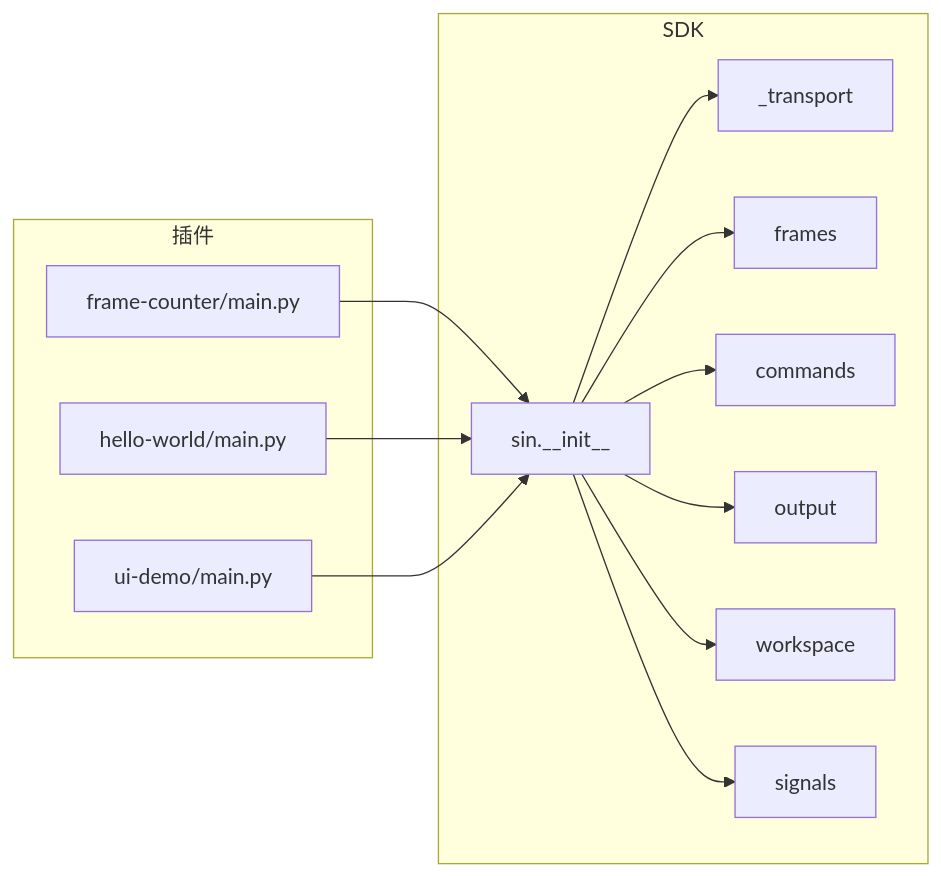
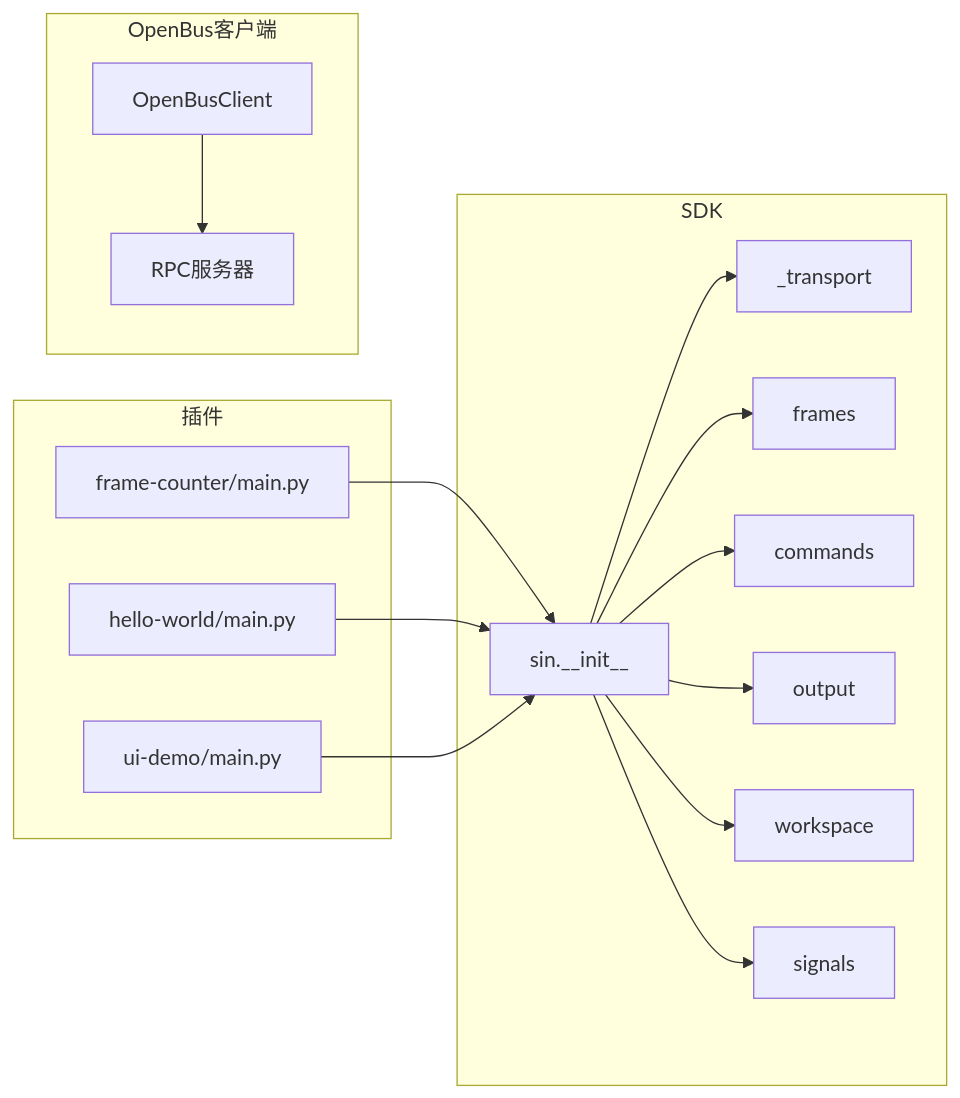
Before and after one commit to jakecai1225-design/OpenBus: the eighth of 8 diagrams in .qoder/repowiki/zh/content/开发指南/Python SDK开发指南.md, drawn with Mermaid. The commit also changed other lines of this file and 58 other files, not shown here.

````diff
--- a/.qoder/repowiki/zh/content/开发指南/Python SDK开发指南.md
+++ b/.qoder/repowiki/zh/content/开发指南/Python SDK开发指南.md
@@ -229,26 +406,31 @@
 ```mermaid
 graph LR
 subgraph "插件"
 PC["frame-counter/main.py"]
 PH["hello-world/main.py"]
 PU["ui-demo/main.py"]
 end
 subgraph "SDK"
 SIN["sin.__init__"]
 TR["_transport"]
 FR["frames"]
 CM["commands"]
 OP["output"]
 WS["workspace"]
 SG["signals"]
 end
+subgraph "OpenBus客户端"
+OBC["OpenBusClient"]
+RS["RPC服务器"]
+end
 PC --> SIN
 PH --> SIN
 PU --> SIN
 SIN --> TR
 SIN --> FR
 SIN --> CM
 SIN --> OP
 SIN --> WS
 SIN --> SG
+OBC --> RS
 ```
````
